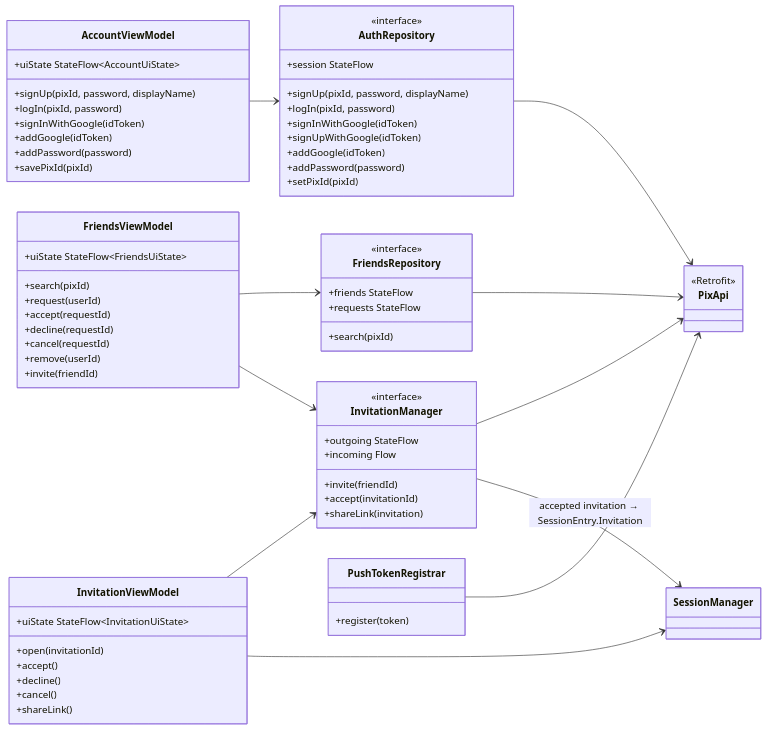
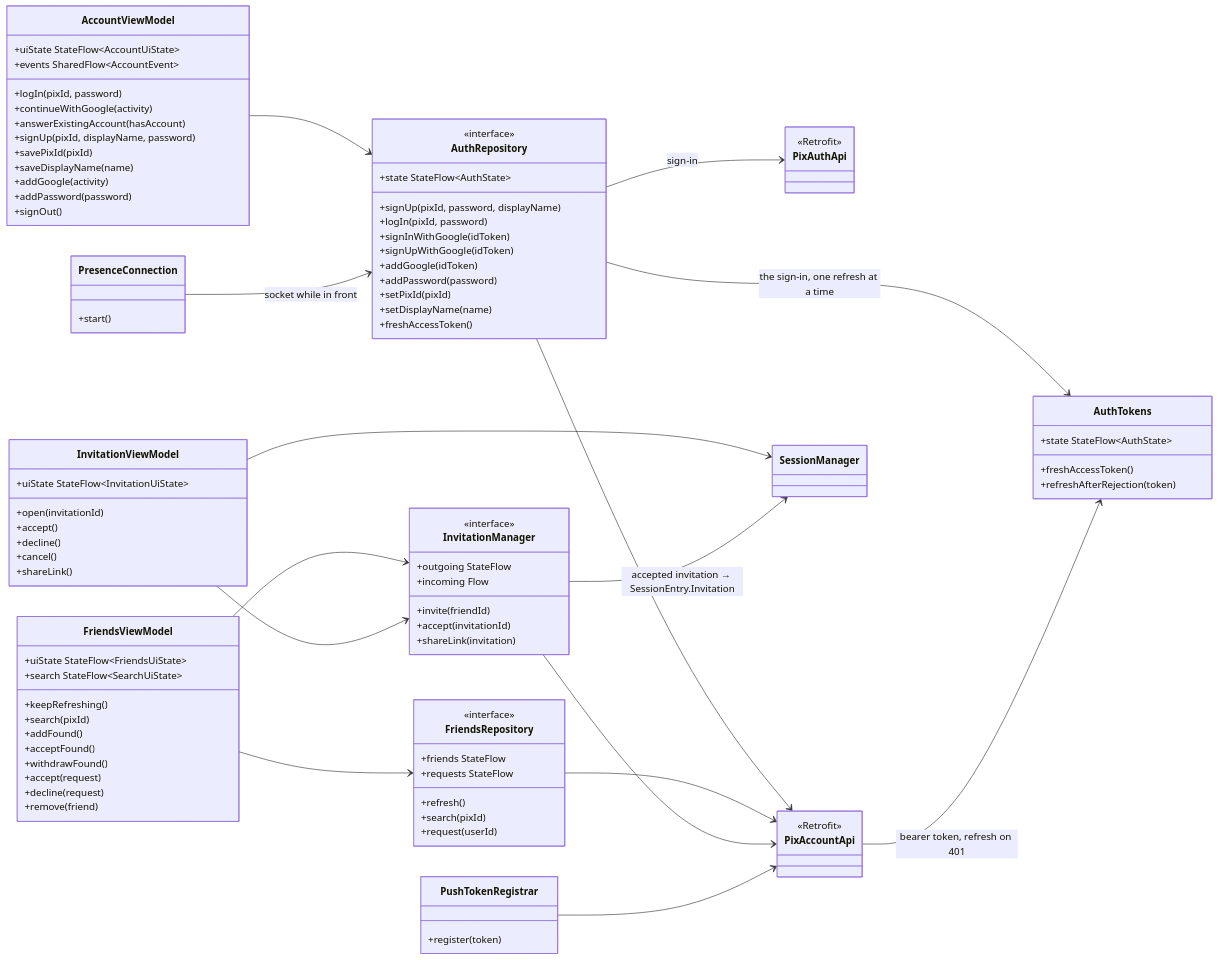
One commit to snuhcs-course/swpp-2026-project-team-10 changed the ninth of 12 diagrams in wiki/Design-Documentation.md. Above: the diagram before and after it, drawn with Mermaid. The commit also changed other lines of this file and 64 other files, not shown here.

First line of the commit message:
feat: add sign-in, Pix ID, and Friends screens

````diff
--- a/wiki/Design-Documentation.md
+++ b/wiki/Design-Documentation.md
@@ -647,22 +651,28 @@
   direction LR
   class AccountViewModel {
     +uiState StateFlow~AccountUiState~
-    +signUp(pixId, password, displayName)
+    +events SharedFlow~AccountEvent~
     +logIn(pixId, password)
-    +signInWithGoogle(idToken)
-    +addGoogle(idToken)
+    +continueWithGoogle(activity)
+    +answerExistingAccount(hasAccount)
+    +signUp(pixId, displayName, password)
+    +savePixId(pixId)
+    +saveDisplayName(name)
+    +addGoogle(activity)
     +addPassword(password)
-    +savePixId(pixId)
+    +signOut()
   }
   class FriendsViewModel {
     +uiState StateFlow~FriendsUiState~
+    +search StateFlow~SearchUiState~
+    +keepRefreshing()
     +search(pixId)
-    +request(userId)
-    +accept(requestId)
-    +decline(requestId)
-    +cancel(requestId)
-    +remove(userId)
-    +invite(friendId)
+    +addFound()
+    +acceptFound()
+    +withdrawFound()
+    +accept(request)
+    +decline(request)
+    +remove(friend)
   }
   class InvitationViewModel {
     +uiState StateFlow~InvitationUiState~
@@ -674,7 +684,7 @@
   }
   class AuthRepository {
     <<interface>>
-    +session StateFlow
+    +state StateFlow~AuthState~
     +signUp(pixId, password, displayName)
     +logIn(pixId, password)
     +signInWithGoogle(idToken)
@@ -682,12 +692,24 @@
     +addGoogle(idToken)
     +addPassword(password)
     +setPixId(pixId)
+    +setDisplayName(name)
+    +freshAccessToken()
   }
   class FriendsRepository {
     <<interface>>
     +friends StateFlow
     +requests StateFlow
+    +refresh()
     +search(pixId)
+    +request(userId)
+  }
+  class AuthTokens {
+    +state StateFlow~AuthState~
+    +freshAccessToken()
+    +refreshAfterRejection(token)
+  }
+  class PresenceConnection {
+    +start()
   }
   class InvitationManager {
     <<interface>>
@@ -700,7 +722,10 @@
   class PushTokenRegistrar {
     +register(token)
   }
-  class PixApi {
+  class PixAuthApi {
+    <<Retrofit>>
+  }
+  class PixAccountApi {
     <<Retrofit>>
   }
   AccountViewModel --> AuthRepository
@@ -708,9 +733,13 @@
   FriendsViewModel --> InvitationManager
   InvitationViewModel --> InvitationManager
   InvitationViewModel --> SessionManager
-  AuthRepository --> PixApi
-  FriendsRepository --> PixApi
-  InvitationManager --> PixApi
+  AuthRepository --> PixAuthApi : sign-in
+  AuthRepository --> AuthTokens : the sign-in, one refresh at a time
+  AuthRepository --> PixAccountApi
+  FriendsRepository --> PixAccountApi
+  PixAccountApi --> AuthTokens : bearer token, refresh on 401
+  PresenceConnection --> AuthRepository : socket while in front
+  InvitationManager --> PixAccountApi
   InvitationManager --> SessionManager : accepted invitation → SessionEntry.Invitation
-  PushTokenRegistrar --> PixApi
+  PushTokenRegistrar --> PixAccountApi
 ```
````
